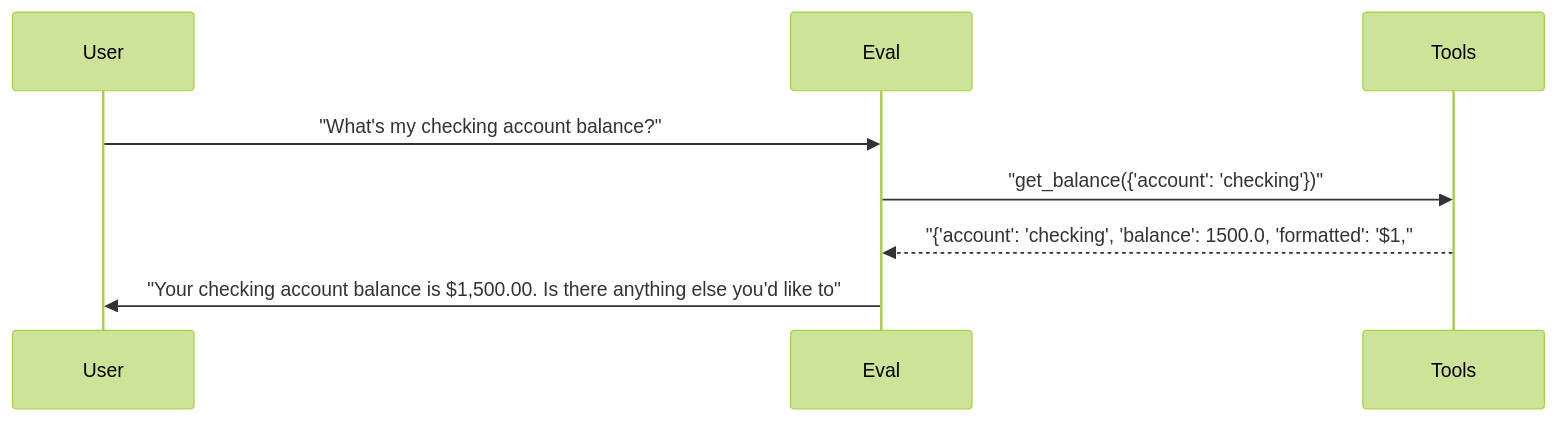
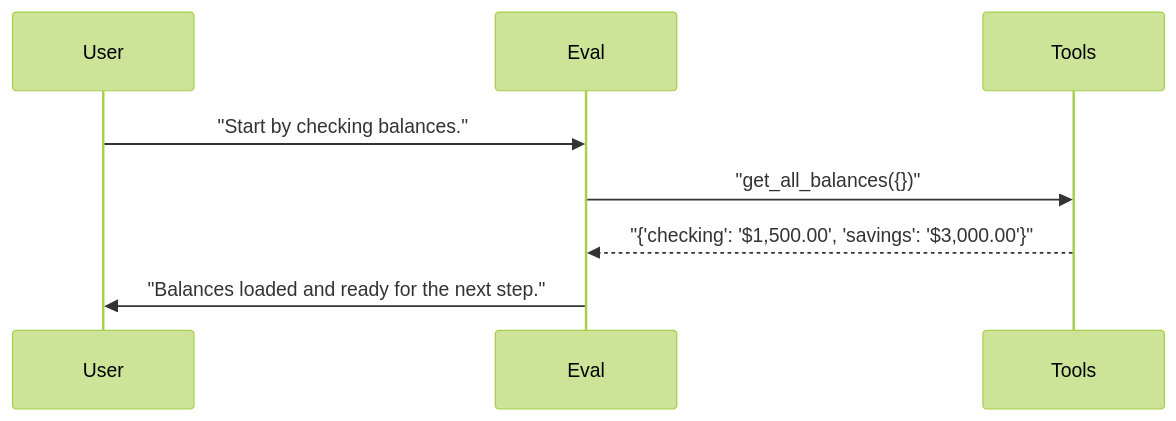
Before and after one commit to sbroenne/pytest-skill-engineering: the second of 4 diagrams in docs/reports/03_multi_agent_sessions.md, drawn with Mermaid (forest theme). The commit also changed other lines of this file and 137 other files, not shown here.

````diff
--- a/docs/reports/03_multi_agent_sessions.md
+++ b/docs/reports/03_multi_agent_sessions.md
@@ -196,11 +92,11 @@
 ```mermaid
 sequenceDiagram
     participant User
     participant Eval
     participant Tools
 
-    User->>Eval: "What's my checking account balance?"
-    Eval->>Tools: "get_balance({'account': 'checking'})"
-    Tools-->>Eval: "{'account': 'checking', 'balance': 1500.0, 'formatted': '$1,"
-    Eval->>User: "Your checking account balance is $1,500.00. Is there anything else you'd like to"
+    User->>Eval: "Start by checking balances."
+    Eval->>Tools: "get_all_balances({})"
+    Tools-->>Eval: "{'checking': '$1,500.00', 'savings': '$3,000.00'}"
+    Eval->>User: "Balances loaded and ready for the next step."
 ```
````
